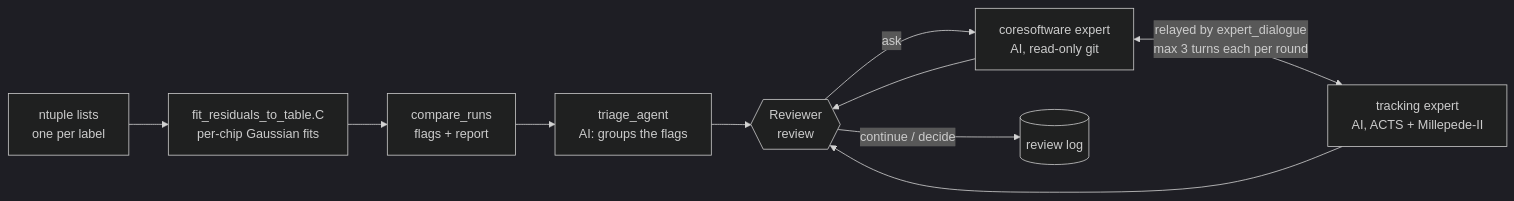
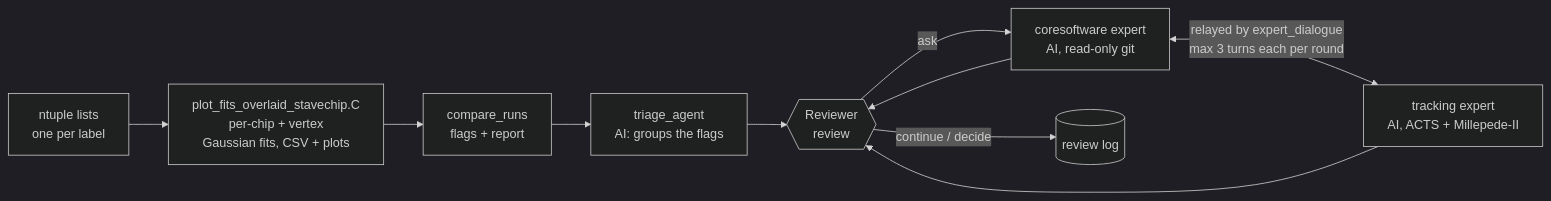
One commit to adityadash54/silicon-tracking-diagnostics changed the diagram in README.md. Above: the diagram before and after it, drawn with Mermaid (dark theme). The commit also changed other lines of this file and 1 other file, not shown here.

````diff
--- a/README.md
+++ b/README.md
@@ -20,12 +22,12 @@
 ```mermaid
 flowchart LR
-  L[ntuple lists<br/>one per label] --> F[fit_residuals_to_table.C<br/>per-chip Gaussian fits]
+  L[ntuple lists<br/>one per label] --> F[plot_fits_overlaid_stavechip.C<br/>per-chip + vertex<br/>Gaussian fits, CSV + plots]
   F --> C[compare_runs<br/>flags + report]
   C --> T[triage_agent<br/>AI: groups the flags]
   T --> R{{Reviewer<br/>review}}
   R -- ask --> X[coresoftware expert<br/>AI, read-only git]
   X <-->|relayed by expert_dialogue<br/>max 3 turns each per round| Y[tracking expert<br/>AI, ACTS + Millepede-II]
   X --> R
   Y --> R
   R -- continue / decide --> G[(review log)]
 ```
````
